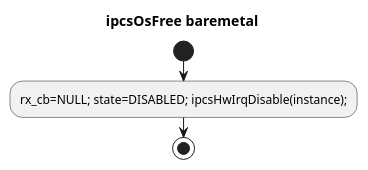
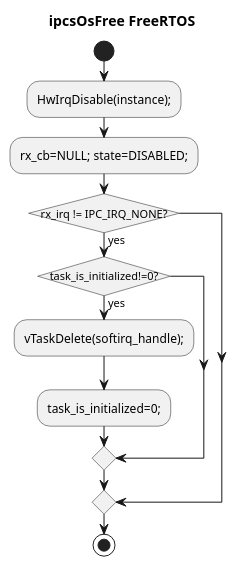
Before and after one commit to Mastang1/sad_sdd_proj: the diagram in c1_sdd_linux-ipcs/cursor_tmp/flow_umls/3_4_50.puml, drawn with PlantUML. The commit also changed 53 other files, not shown here.

```diff
--- a/c1_sdd_linux-ipcs/cursor_tmp/flow_umls/3_4_50.puml
+++ b/c1_sdd_linux-ipcs/cursor_tmp/flow_umls/3_4_50.puml
@@ -1,9 +1,16 @@
 @startuml
 !pragma layout smetana
 skinparam conditionStyle insideDiamond
 skinparam linetype ortho
-title ipcsOsFree baremetal
+title ipcsOsFree FreeRTOS
 start
-:rx_cb=NULL; state=DISABLED; ipcsHwIrqDisable(instance);;
+:HwIrqDisable(instance);;
+:rx_cb=NULL; state=DISABLED;;
+if (rx_irq != IPC_IRQ_NONE?) then (yes)
+  if (task_is_initialized!=0?) then (yes)
+    :vTaskDelete(softirq_handle);;
+    :task_is_initialized=0;;
+  endif
+endif
 stop
 @enduml
```
